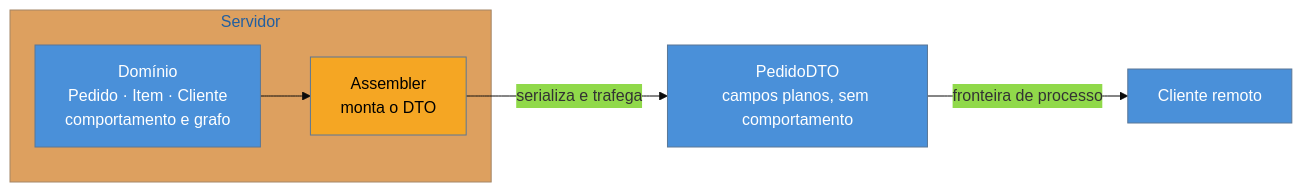
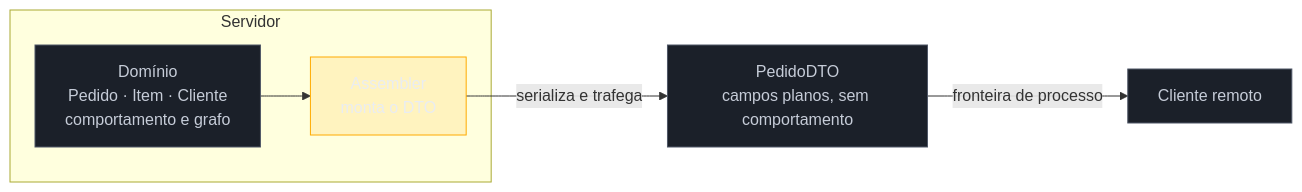
The diagram in 03-Dominios/Engenharia/Design de Software/Padrões de Projeto/Aplicação Corporativa/07 - DTO — e por que virou pejorativo.md (josenaldo/codex-technomanticus), drawn with Mermaid before and after one commit. The commit also changed 1181 other files, not shown here.

First line of the commit message:
fix(diagramas): paleta do sistema no lugar de cor cravada no markdown

````diff
--- a/03-Dominios/Engenharia/Design de Software/Padrões de Projeto/Aplicação Corporativa/07 - DTO — e por que virou pejorativo.md
+++ b/03-Dominios/Engenharia/Design de Software/Padrões de Projeto/Aplicação Corporativa/07 - DTO — e por que virou pejorativo.md
@@ -51,14 +51,15 @@
 ```mermaid
-%%{init: {"theme": "base", "themeVariables": {"primaryColor": "#4A90D9"}}}%%
 graph LR
+    classDef neutro fill:#1B2029,stroke:#4E5666,color:#C6CCD8
+    classDef destaque fill:#FFAA0024,stroke:#FFAA00,color:#E9ECF2
     subgraph SRV["Servidor"]
         D["Domínio<br/>Pedido · Item · Cliente<br/>comportamento e grafo"] --> A["Assembler<br/>monta o DTO"]
     end
     A -->|"serializa e trafega"| DTO["PedidoDTO<br/>campos planos, sem comportamento"]
     DTO -->|"fronteira de processo"| C["Cliente remoto"]
 
-    style D fill:#4A90D9,color:#fff
-    style A fill:#F5A623,color:#000
-    style DTO fill:#4A90D9,color:#fff
-    style C fill:#4A90D9,color:#fff
+    class D neutro
+    class A destaque
+    class DTO neutro
+    class C neutro
 ```
````
